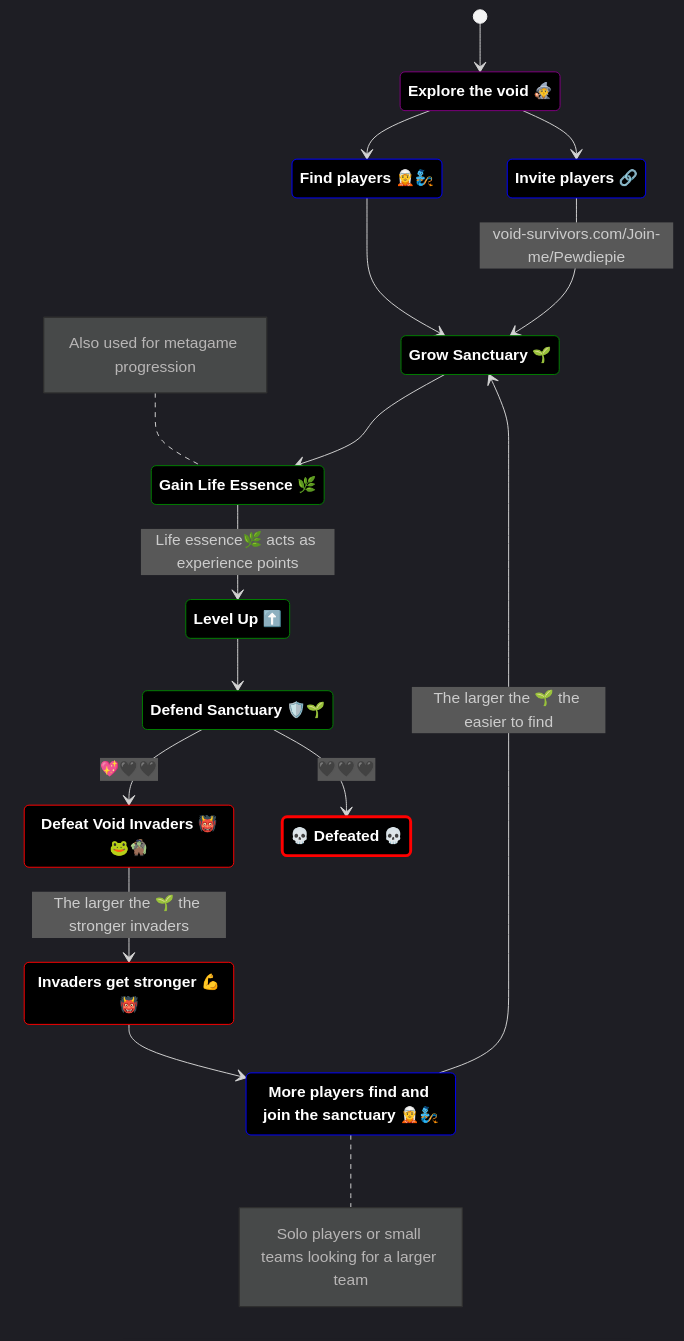
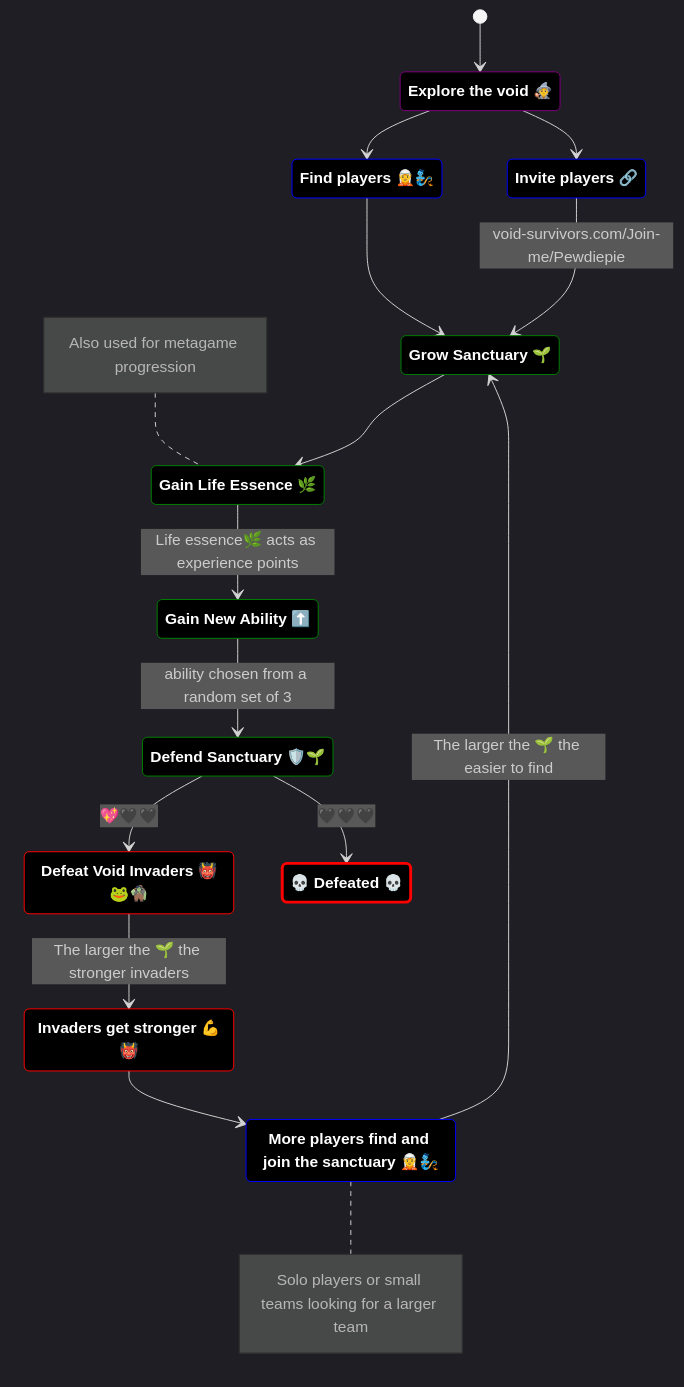
Before and after one commit to universe-builders/universe-builders.github.io: the first of 2 diagrams in void-survivors/design-direction.md, drawn with Mermaid. The commit also changed other lines of this file and 270 other files, not shown here.

````diff
--- a/void-survivors/design-direction.md
+++ b/void-survivors/design-direction.md
@@ -122,54 +264,54 @@
 ```mermaid
 
     %%{init: {'theme':'dark'}}%%
 
     stateDiagram-v2
     direction TB
     accTitle: Gameloop
 
     state "Explore the void 🧙" as EXPLORE
     state "Find players 🧝🧞" as FIND_P
     state "Invite players 🔗" as INVITE_P
     state "Grow Sanctuary 🌱" as GROW_S
     state "Gain Life Essence 🌿" as GAIN_LE
-    state "Level Up ⬆️" as LVL_P
+    state "Gain New Ability ⬆️" as LVL_P
     state "Defend Sanctuary 🛡️🌱" as DEFND_S
     state "Defeat Void Invaders 👹🐸🧌" as DEFEAT_E
     state "💀 Defeated 💀" as DEFEATED
     state "More players find and join the sanctuary 🧝🧞" as FIND_S
     state "Invaders get stronger 💪👹" as LVL_I
 
     classDef def fill:black,color:white,font-weight:bold,stroke:purple
     classDef team fill:black,color:white,font-weight:bold,stroke:blue
     classDef sanct fill:black,color:white,font-weight:bold,stroke:green
     classDef invader fill:black,color:white,font-weight:bold,stroke:red
     classDef loss fill:black,color:white,font-weight:bold,stroke:red,stroke-width:3
     class EXPLORE def
     class FIND_P,INVITE_P,FIND_S team
     class GROW_S,GAIN_LE,DEFND_S,LVL_P sanct
     class DEFEAT_E,LVL_I invader
     class DEFEATED loss
 
     note left of GAIN_LE
         Also used for metagame progression
     end note
 
     note right of FIND_S
         Solo players or small teams looking for a larger team
     end note
 
     [*] --> EXPLORE
     EXPLORE --> FIND_P
     EXPLORE --> INVITE_P
     FIND_P --> GROW_S
     INVITE_P --> GROW_S: void-survivors.com/Join-me/Pewdiepie
     GROW_S --> GAIN_LE
     GAIN_LE --> LVL_P: Life essence🌿 acts as experience points
-    LVL_P --> DEFND_S
+    LVL_P --> DEFND_S: ability chosen from a random set of 3
     DEFND_S --> DEFEATED: 🖤🖤🖤
     DEFND_S --> DEFEAT_E: 💖🖤🖤
     DEFEAT_E --> LVL_I: The larger the 🌱 the stronger invaders 
     LVL_I --> FIND_S
     FIND_S --> GROW_S: The larger the 🌱 the easier to find
      
 ```
````
